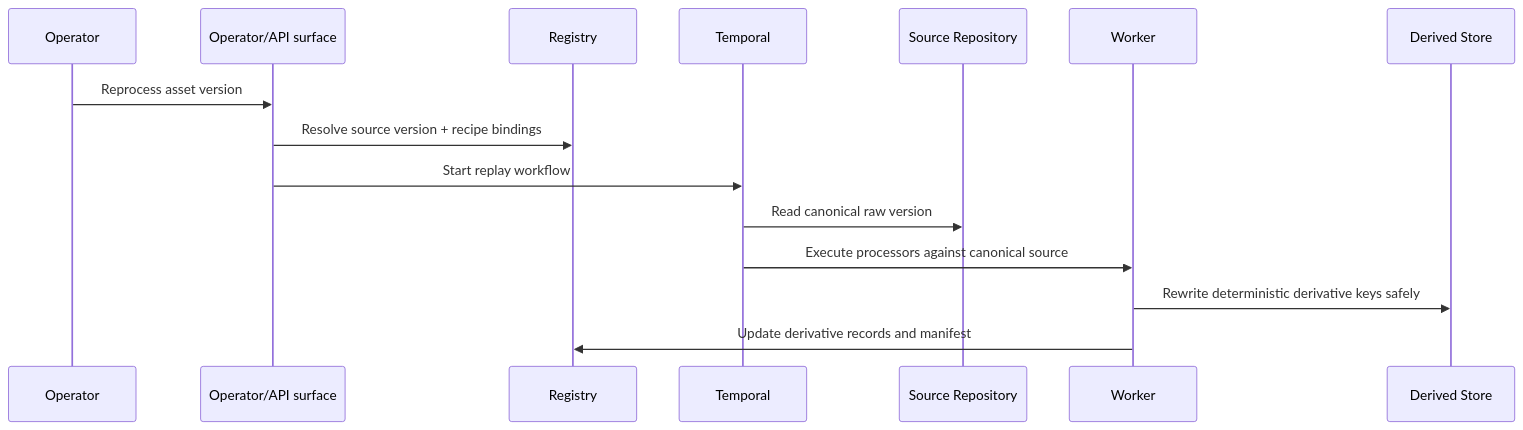
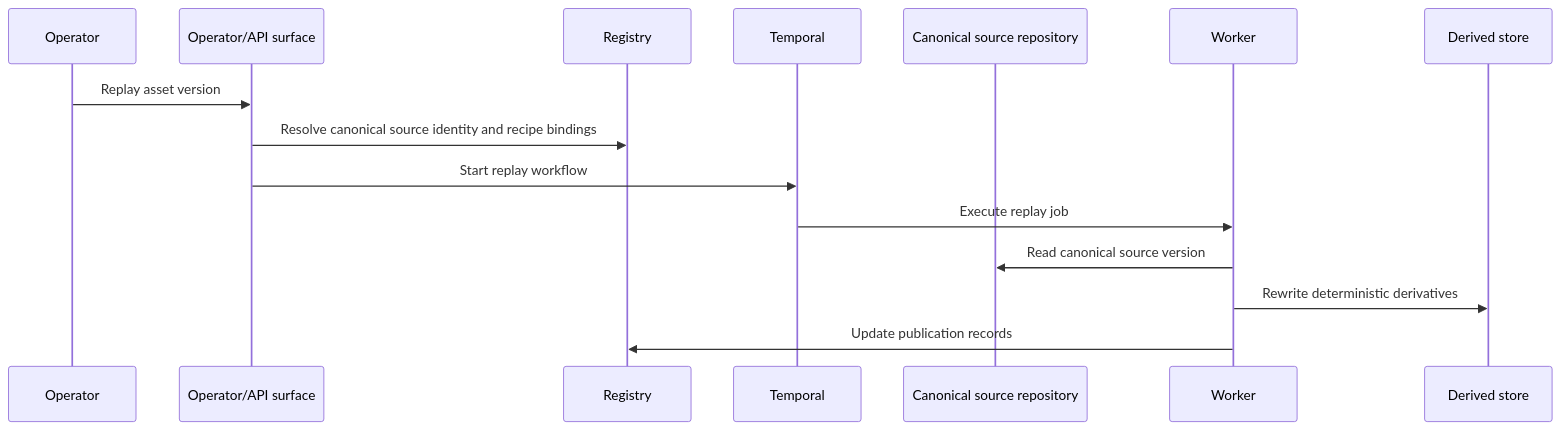
One commit to Yeusepe/cdngine changed the eighth of 10 diagrams in docs/architecture.md. Above: the diagram before and after it, drawn with Mermaid. The commit also changed other lines of this file and 18 other files, not shown here.

First line of the commit message:
Restructure docs: architecture & lifecycle

````diff
--- a/docs/architecture.md
+++ b/docs/architecture.md
@@ -610,18 +396,18 @@
 ```mermaid
 sequenceDiagram
     participant Operator
     participant API as Operator/API surface
-    participant R as Registry
-    participant T as Temporal
-    participant O as Source Repository
-    participant W as Worker
-    participant D as Derived Store
+    participant Registry
+    participant Temporal
+    participant Source as Canonical source repository
+    participant Worker
+    participant Derived as Derived store
 
-    Operator->>API: Reprocess asset version
-    API->>R: Resolve source version + recipe bindings
-    API->>T: Start replay workflow
-    T->>O: Read canonical raw version
-    T->>W: Execute processors against canonical source
-    W->>D: Rewrite deterministic derivative keys safely
-    W->>R: Update derivative records and manifest
+    Operator->>API: Replay asset version
+    API->>Registry: Resolve canonical source identity and recipe bindings
+    API->>Temporal: Start replay workflow
+    Temporal->>Worker: Execute replay job
+    Worker->>Source: Read canonical source version
+    Worker->>Derived: Rewrite deterministic derivatives
+    Worker->>Registry: Update publication records
 ```
````
